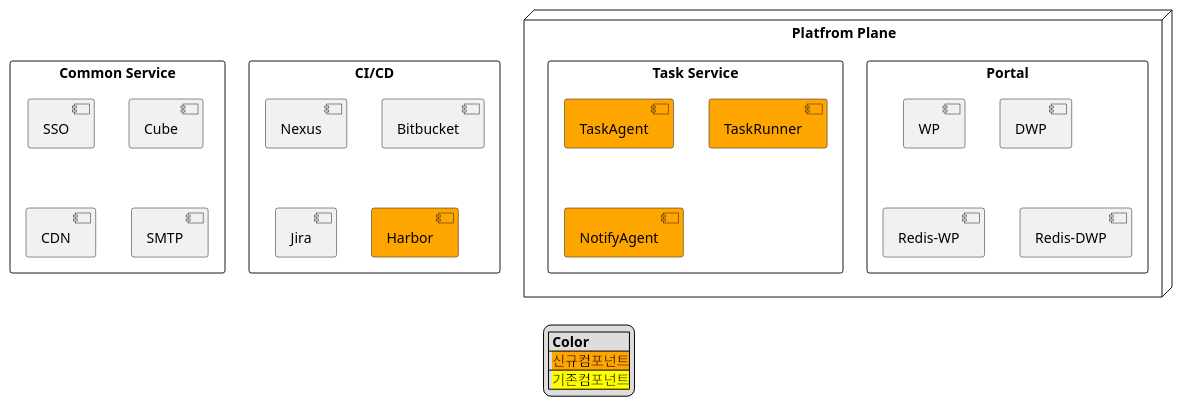
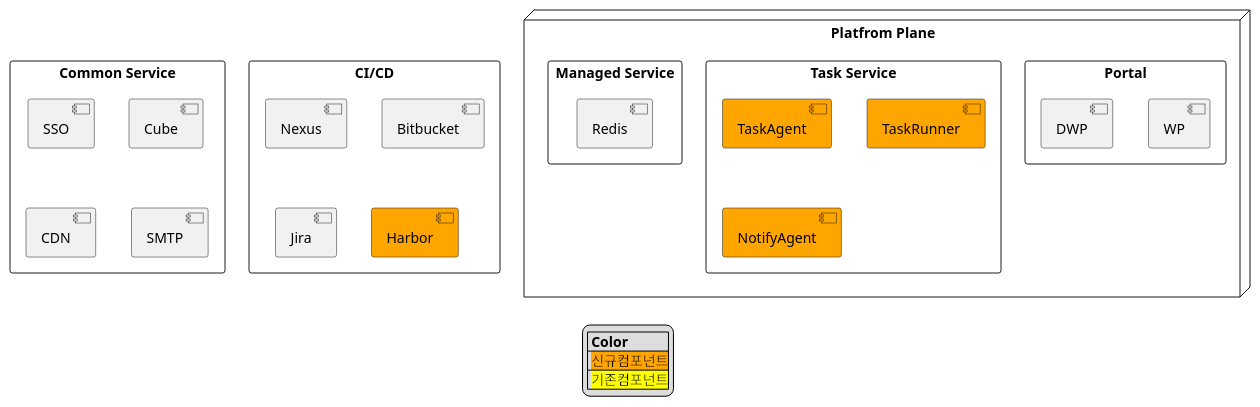
The first of 13 diagrams in docs/src/multi-cloud/diagram.md (htdp1/am-arch), drawn with PlantUML before and after one commit. The commit also changed other lines of this file, not shown here.

Commit message:
modify diagram 1449

```diff
--- a/docs/src/multi-cloud/diagram.md
+++ b/docs/src/multi-cloud/diagram.md
@@ -17,35 +17,36 @@
 @startuml
 
 legend
     |= Color |
     | <size:14><back:#Orange>신규컴포넌트</back></size>|
     | <size:14><back:#Yellow>기존컴포넌트</back></size>|
 endlegend
 
 rectangle "Common Service" as comm {
     [SSO] as sso
     [Cube] as cube
     [CDN] as cdn
     [SMTP] as smtp
 }
 rectangle "CI/CD" as cicd {
     [Nexus] as nexus
     [Bitbucket] as bitbucket
     [Jira] as jira
     [Harbor] as harbor #orange
 }
 node "Platfrom Plane" as hcp {
     rectangle "Portal" as portal {
         [WP] as wp
         [DWP] as dwp
-        [Redis-WP] as rediswp
-        [Redis-DWP] as redisdwp
     }
     rectangle "Task Service" as task {
         [TaskAgent] as taskagent #orange
         [TaskRunner] as taskrunner #orange
         [NotifyAgent] as notifyagent #orange
     }
+    rectangle "Managed Service" as managed {
+        [Redis] as redis
+    }
 }
 
 @enduml
```
